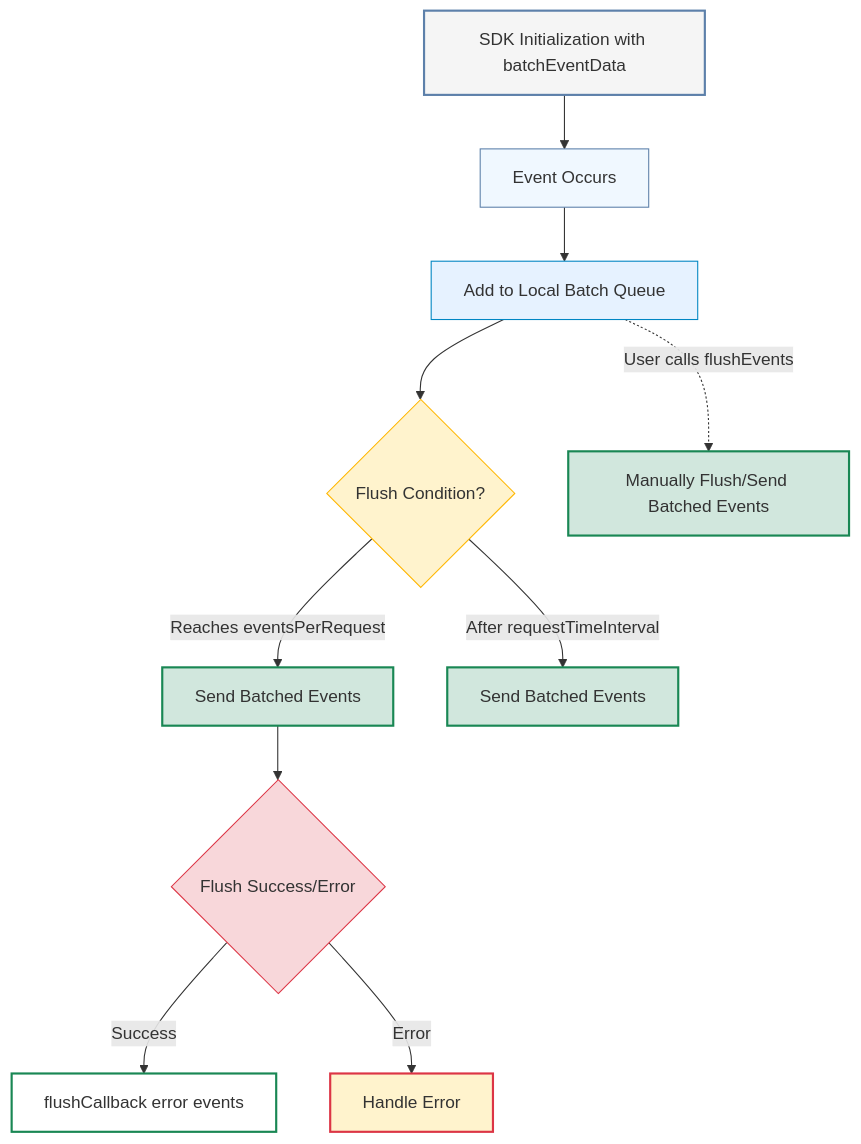
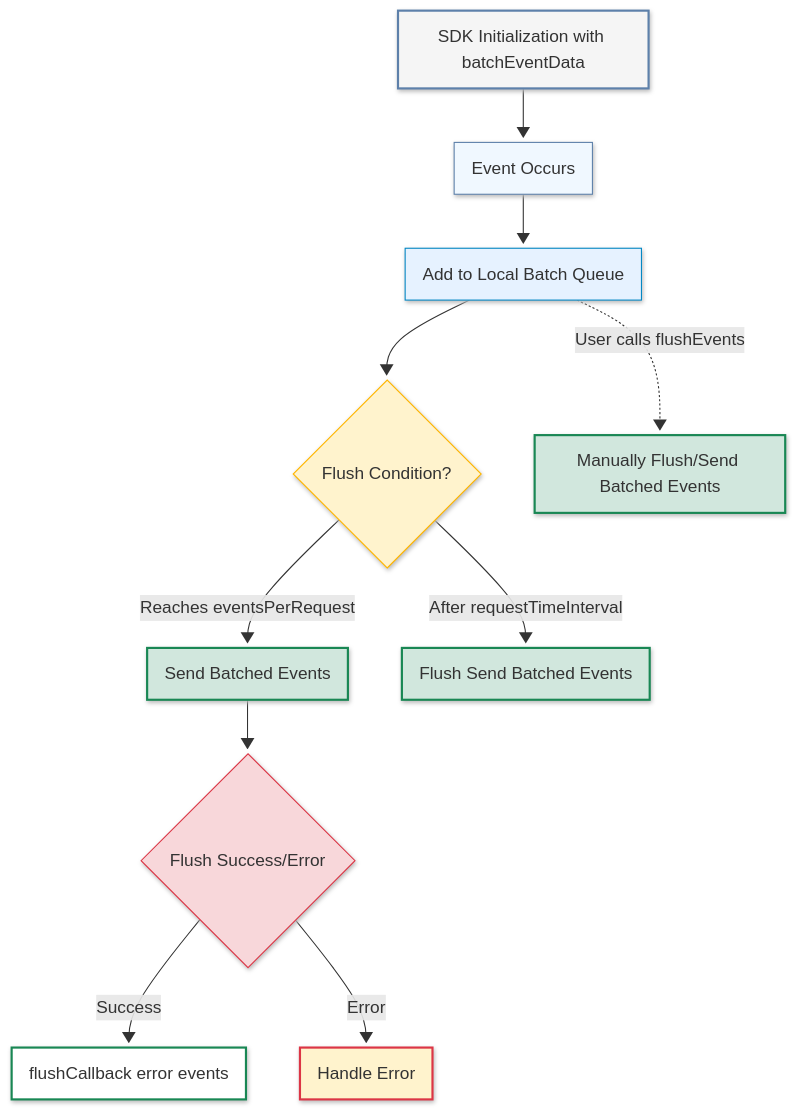
Before and after one commit to wingify/readme-central: the diagram in docs/Concepts/wip-rd-event-batching-copy.md, drawn with Mermaid.

Commit message:
Update doc `wip-rd-event-batching-copy`

````diff
--- a/docs/Concepts/wip-rd-event-batching-copy.md
+++ b/docs/Concepts/wip-rd-event-batching-copy.md
@@ -159,30 +159,29 @@
 ```mermaid
+---
+config:
+  layout: fixed
+  look: neo
+  theme: mc
+---
 flowchart TD
-    A[SDK Initialization with batchEventData] --> B[Event Occurs]
-    B --> C[Add to Local Batch Queue]
-
-    %% Automatic Flushing triggers
-    C --> D1{Flush Condition?}
-    D1 -->|Reaches eventsPerRequest| E1[Send Batched Events]
-    D1 -->|After requestTimeInterval| E2[Send Batched Events]
-
-    %% Manual Flush
-    C -.->|User calls flushEvents| E3[Manually Flush/Send Batched Events]
-
-    E1 --> F1{Flush Success/Error}
-    F1 -->|Success| G[flushCallback error events]
-    F1 -->|Error| H[Handle Error]
-
-    %% Notes
+    A["SDK Initialization with batchEventData"] --> B["Event Occurs"]
+    B --> C["Add to Local Batch Queue"]
+    C --> D1{"Flush Condition?"}
+    D1 -- Reaches eventsPerRequest --> E1["Send Batched Events"]
+    D1 -- After requestTimeInterval --> E2["Flush Send Batched Events"]
+    C -. User calls flushEvents .-> E3["Manually Flush/Send Batched Events"]
+    E1 --> F1{"Flush Success/Error"}
+    F1 -- Success --> G["flushCallback error events"]
+    F1 -- Error --> H["Handle Error"]
     style A fill:#f5f5f5,stroke:#5D80AA,stroke-width:2px
     style B fill:#f0f8ff,stroke:#5D80AA,stroke-width:1px
     style C fill:#e6f2ff,stroke:#0086c3,stroke-width:1px
     style D1 fill:#fff3cd,stroke:#ffb600,stroke-width:1px
     style E1 fill:#d1e7dd,stroke:#198754,stroke-width:2px
     style E2 fill:#d1e7dd,stroke:#198754,stroke-width:2px
     style E3 fill:#d1e7dd,stroke:#198754,stroke-width:2px
     style F1 fill:#f8d7da,stroke:#dc3545,stroke-width:1px
     style G fill:#fff,stroke:#198754,stroke-width:2px
     style H fill:#fff3cd,stroke:#dc3545,stroke-width:2px
 
 ```
````
